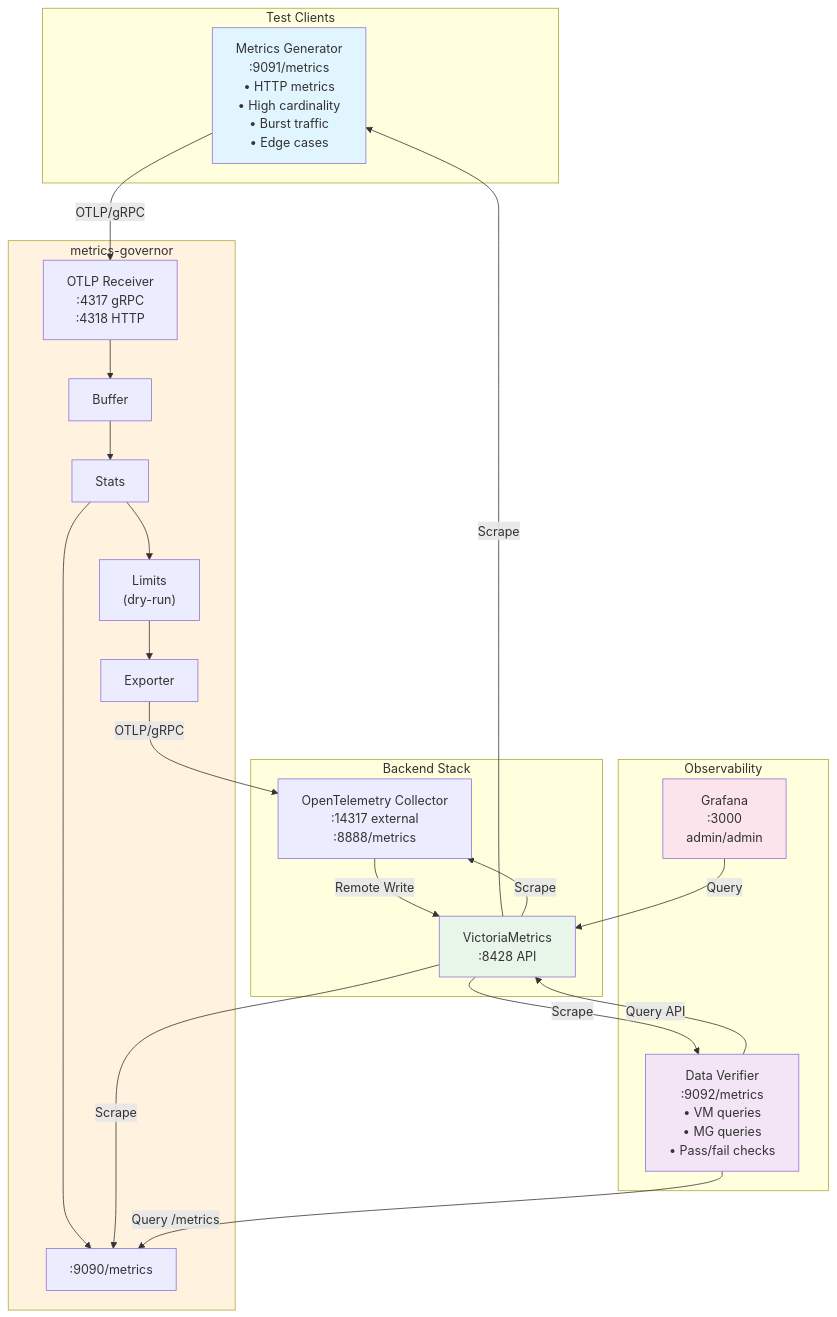
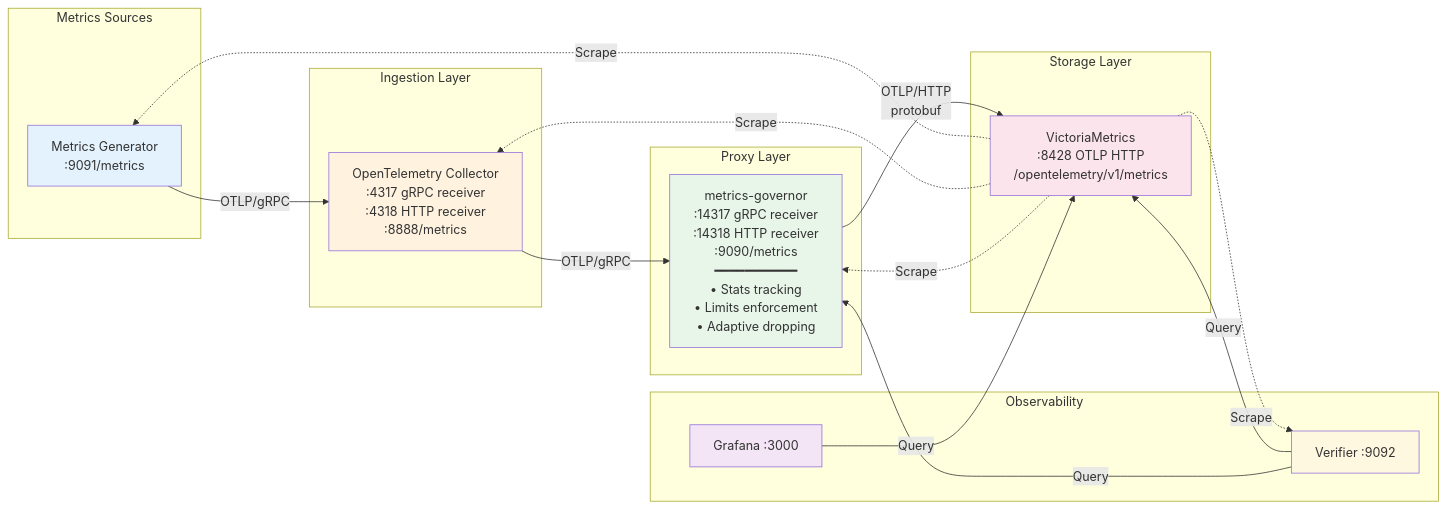
Before and after one commit to szibis/metrics-governor: the third of 3 diagrams in README.md, drawn with Mermaid. The commit also changed other lines of this file and 4 other files, not shown here.

First line of the commit message:
Release v0.4.1: Update test architecture - governor as proxy between collector and VM

````diff
--- a/README.md
+++ b/README.md
@@ -1118,47 +1120,43 @@
 ```mermaid
-flowchart TB
-    subgraph TestClients["Test Clients"]
-        Generator["Metrics Generator<br/>:9091/metrics<br/>• HTTP metrics<br/>• High cardinality<br/>• Burst traffic<br/>• Edge cases"]
+flowchart LR
+    subgraph Sources["Metrics Sources"]
+        Generator["Metrics Generator<br/>:9091/metrics"]
     end
 
-    subgraph MG["metrics-governor"]
-        Receiver["OTLP Receiver<br/>:4317 gRPC<br/>:4318 HTTP"]
-        Buffer["Buffer"]
-        Stats["Stats"]
-        Limits["Limits<br/>(dry-run)"]
-        Exporter["Exporter"]
-        MGMetrics[":9090/metrics"]
+    subgraph Ingestion["Ingestion Layer"]
+        OTel["OpenTelemetry Collector<br/>:4317 gRPC receiver<br/>:4318 HTTP receiver<br/>:8888/metrics"]
     end
 
-    subgraph Backend["Backend Stack"]
-        OTel["OpenTelemetry Collector<br/>:14317 external<br/>:8888/metrics"]
-        VM["VictoriaMetrics<br/>:8428 API"]
+    subgraph Proxy["Proxy Layer"]
+        MG["metrics-governor<br/>:14317 gRPC receiver<br/>:14318 HTTP receiver<br/>:9090/metrics<br/>━━━━━━━━━━━<br/>• Stats tracking<br/>• Limits enforcement<br/>• Adaptive dropping"]
+    end
+
+    subgraph Storage["Storage Layer"]
+        VM["VictoriaMetrics<br/>:8428 OTLP HTTP<br/>/opentelemetry/v1/metrics"]
     end
 
     subgraph Observability["Observability"]
-        Grafana["Grafana<br/>:3000<br/>admin/admin"]
-        Verifier["Data Verifier<br/>:9092/metrics<br/>• VM queries<br/>• MG queries<br/>• Pass/fail checks"]
+        Grafana["Grafana :3000"]
+        Verifier["Verifier :9092"]
     end
 
-    Generator -->|"OTLP/gRPC"| Receiver
-    Receiver --> Buffer --> Stats --> Limits --> Exporter
-    Stats --> MGMetrics
-    Exporter -->|"OTLP/gRPC"| OTel
-    OTel -->|"Remote Write"| VM
+    Generator -->|"OTLP/gRPC"| OTel
+    OTel -->|"OTLP/gRPC"| MG
+    MG -->|"OTLP/HTTP<br/>protobuf"| VM
 
-    VM -->|"Scrape"| Generator
-    VM -->|"Scrape"| MGMetrics
-    VM -->|"Scrape"| OTel
-    VM -->|"Scrape"| Verifier
+    VM -.->|"Scrape"| Generator
+    VM -.->|"Scrape"| OTel
+    VM -.->|"Scrape"| MG
+    VM -.->|"Scrape"| Verifier
 
-    Verifier -->|"Query API"| VM
-    Verifier -->|"Query /metrics"| MGMetrics
-
+    Verifier -->|"Query"| VM
+    Verifier -->|"Query"| MG
     Grafana -->|"Query"| VM
 
-    style Generator fill:#e1f5fe
-    style MG fill:#fff3e0
-    style VM fill:#e8f5e9
-    style Grafana fill:#fce4ec
-    style Verifier fill:#f3e5f5
+    style Generator fill:#e3f2fd
+    style OTel fill:#fff3e0
+    style MG fill:#e8f5e9
+    style VM fill:#fce4ec
+    style Grafana fill:#f3e5f5
+    style Verifier fill:#fff8e1
 ```
````
